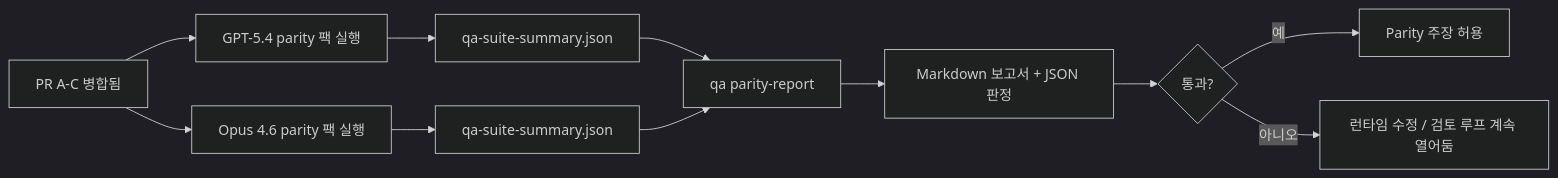
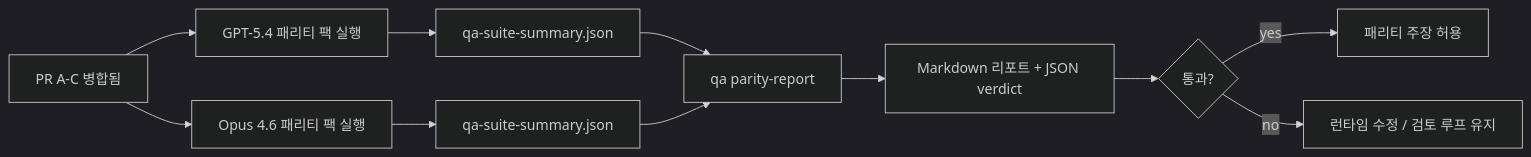
One commit to daichangya/openclaw-docs changed the diagram in docs/ko/help/gpt54-codex-agentic-parity-maintainers.md. Above: the diagram before and after it, drawn with Mermaid (dark theme). The commit also changed other lines of this file and 58 other files, not shown here.

````diff
--- a/docs/ko/help/gpt54-codex-agentic-parity-maintainers.md
+++ b/docs/ko/help/gpt54-codex-agentic-parity-maintainers.md
@@ -140,13 +140,13 @@
 ```mermaid
 flowchart LR
-    A["PR A-C 병합됨"] --> B["GPT-5.4 parity 팩 실행"]
-    A --> C["Opus 4.6 parity 팩 실행"]
+    A["PR A-C 병합됨"] --> B["GPT-5.4 패리티 팩 실행"]
+    A --> C["Opus 4.6 패리티 팩 실행"]
     B --> D["qa-suite-summary.json"]
     C --> E["qa-suite-summary.json"]
     D --> F["qa parity-report"]
     E --> F
-    F --> G["Markdown 보고서 + JSON 판정"]
+    F --> G["Markdown 리포트 + JSON verdict"]
     G --> H{"통과?"}
-    H -- "예" --> I["Parity 주장 허용"]
-    H -- "아니오" --> J["런타임 수정 / 검토 루프 계속 열어둠"]
+    H -- "yes" --> I["패리티 주장 허용"]
+    H -- "no" --> J["런타임 수정 / 검토 루프 유지"]
 ```
````
